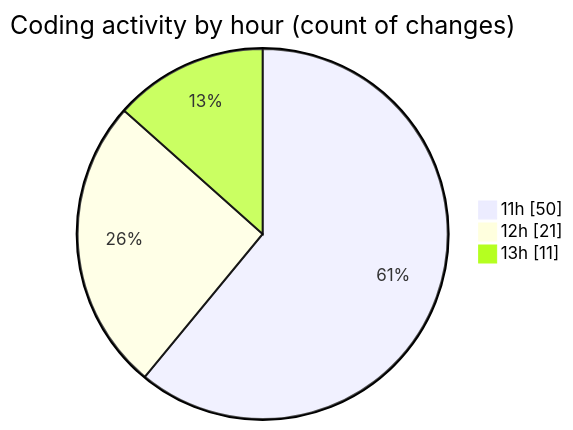
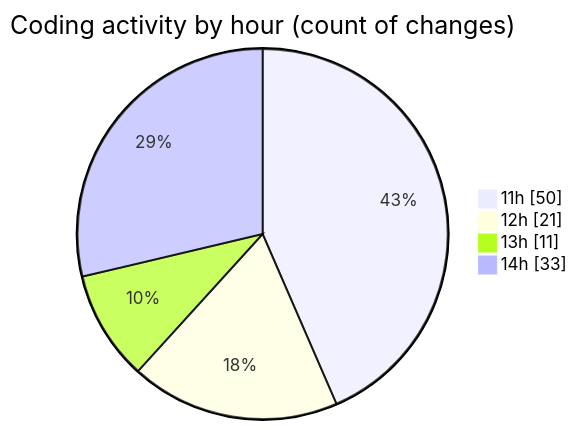
One commit to tmsrecording-cyber/code-tracking changed the second of 2 diagrams in 2026-02-06/singularitybrainai/README.md. Above: the diagram before and after it, drawn with Mermaid. The commit also changed other lines of this file and 1 other file, not shown here.

````diff
--- a/2026-02-06/singularitybrainai/README.md
+++ b/2026-02-06/singularitybrainai/README.md
@@ -37,7 +38,8 @@
 ```mermaid
 pie showData
 title Coding activity by hour (count of changes)
 "11h" : 50
 "12h" : 21
 "13h" : 11
+"14h" : 33
 ```
````
